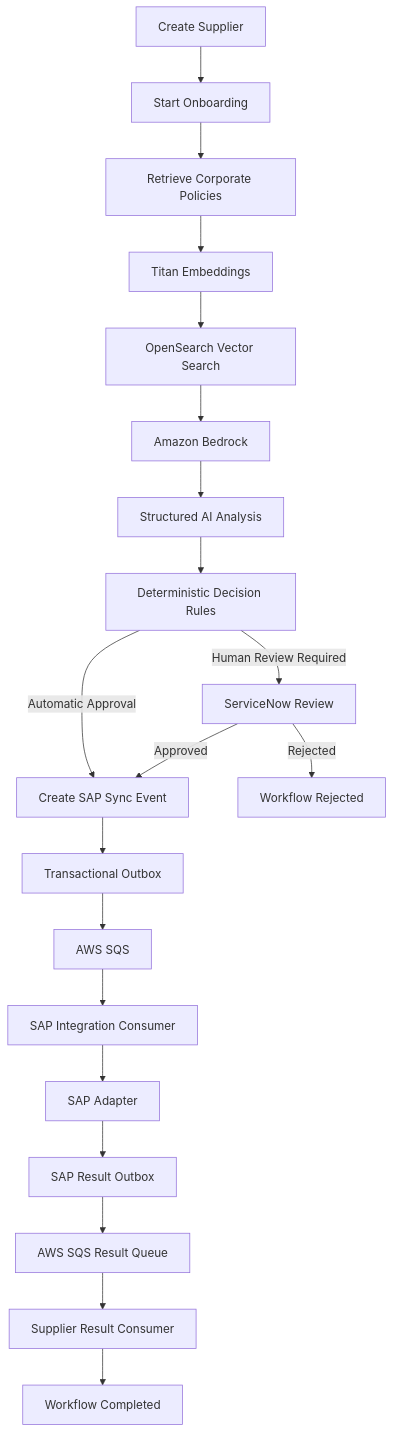
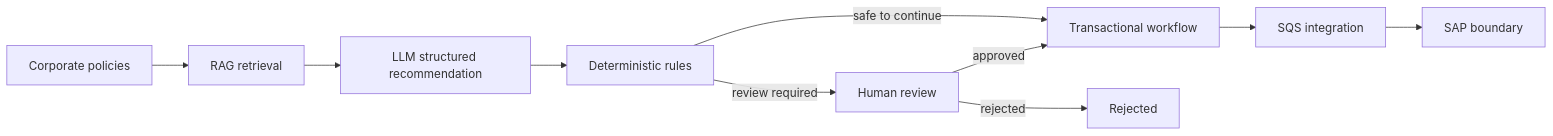
Before and after one commit to danillofratta/supplier-master-ai: the first of 3 diagrams in README.md, drawn with Mermaid. The commit also changed other lines of this file and 24 other files, not shown here.

````diff
--- a/README.md
+++ b/README.md
@@ -63,33 +15,12 @@
 ```mermaid
-flowchart TD
-
-    A[Create Supplier] --> B[Start Onboarding]
-
-    B --> C[Retrieve Corporate Policies]
-
-    C --> D[Titan Embeddings]
-    D --> E[OpenSearch Vector Search]
-
-    E --> F[Amazon Bedrock]
-    F --> G[Structured AI Analysis]
-
-    G --> H[Deterministic Decision Rules]
-
-    H -->|Automatic Approval| J[Create SAP Sync Event]
-
-    H -->|Human Review Required| I[ServiceNow Review]
-    I -->|Approved| J
-    I -->|Rejected| R[Workflow Rejected]
-
-    J --> K[Transactional Outbox]
-    K --> L[AWS SQS]
-
-    L --> M[SAP Integration Consumer]
-    M --> N[SAP Adapter]
-
-    N --> O[SAP Result Outbox]
-    O --> P[AWS SQS Result Queue]
-
-    P --> Q[Supplier Result Consumer]
-    Q --> S[Workflow Completed]
+flowchart LR
+    P[Corporate policies] --> R[RAG retrieval]
+    R --> AI[LLM structured recommendation]
+    AI --> D[Deterministic rules]
+    D -->|safe to continue| O[Transactional workflow]
+    D -->|review required| H[Human review]
+    H -->|approved| O
+    H -->|rejected| X[Rejected]
+    O --> Q[SQS integration]
+    Q --> SAP[SAP boundary]
 ```
````
